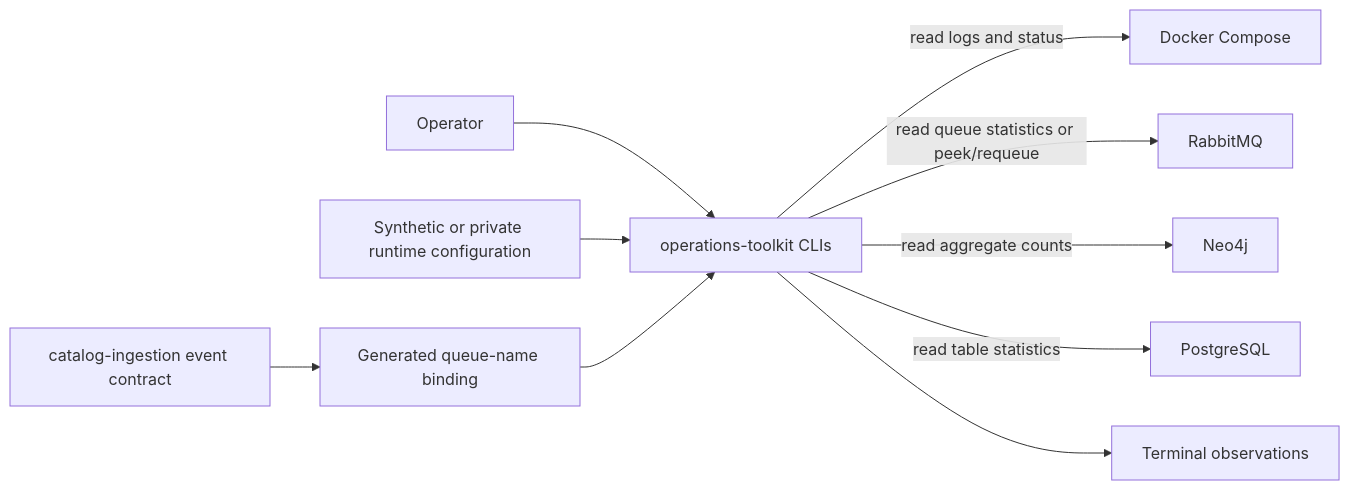
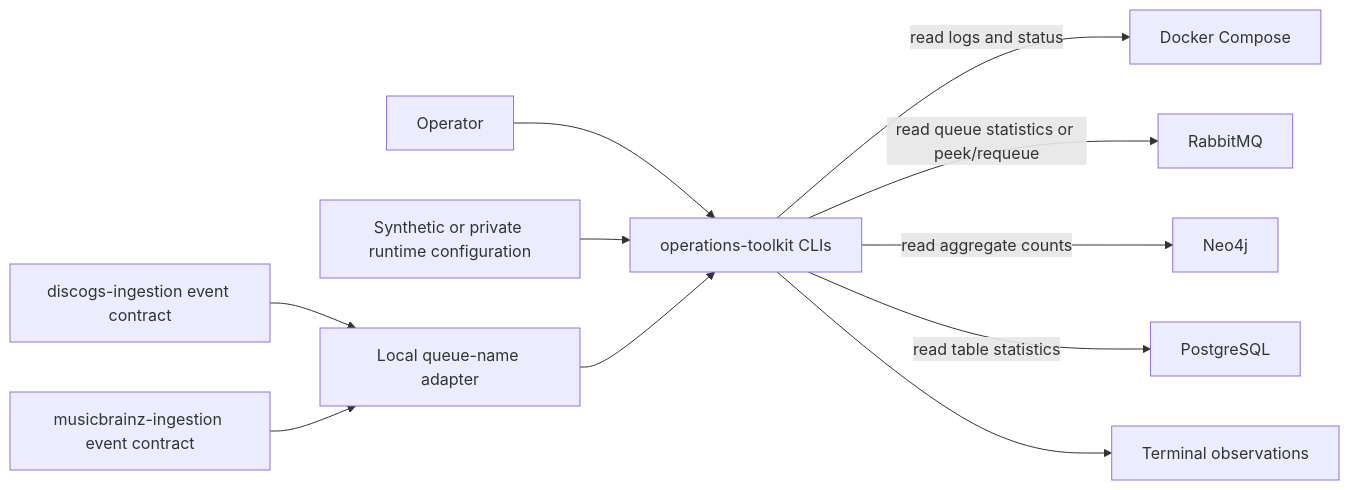
Before and after one commit to groovemap-music/operations-toolkit: the diagram in docs/architecture.md, drawn with Mermaid. The commit also changed other lines of this file and 2 other files, not shown here.

First line of the commit message:
docs(architecture): draw both producers feeding the local adapter

````diff
--- a/docs/architecture.md
+++ b/docs/architecture.md
@@ -7,12 +8,13 @@
 ```mermaid
 flowchart LR
     Operator[Operator] --> CLI[operations-toolkit CLIs]
     Config[Synthetic or private runtime configuration] --> CLI
-    Contract[catalog-ingestion event contract] --> Binding[Generated queue-name binding]
-    Binding --> CLI
+    DiscogsContract[discogs-ingestion event contract] --> Adapter[Local queue-name adapter]
+    MusicBrainzContract[musicbrainz-ingestion event contract] --> Adapter
+    Adapter --> CLI
     CLI -->|read logs and status| Docker[Docker Compose]
     CLI -->|read queue statistics or peek/requeue| RabbitMQ[RabbitMQ]
     CLI -->|read aggregate counts| Neo4j[Neo4j]
     CLI -->|read table statistics| Postgres[PostgreSQL]
     CLI --> Output[Terminal observations]
 ```
````
